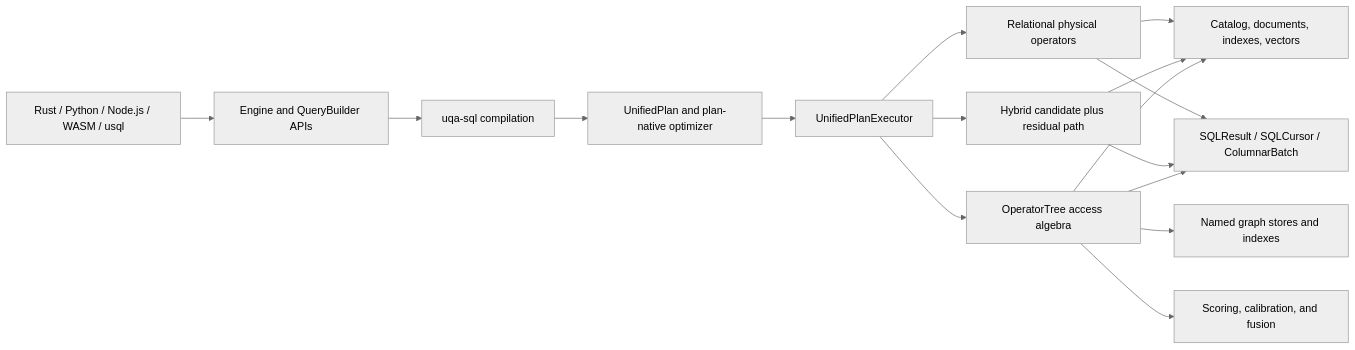
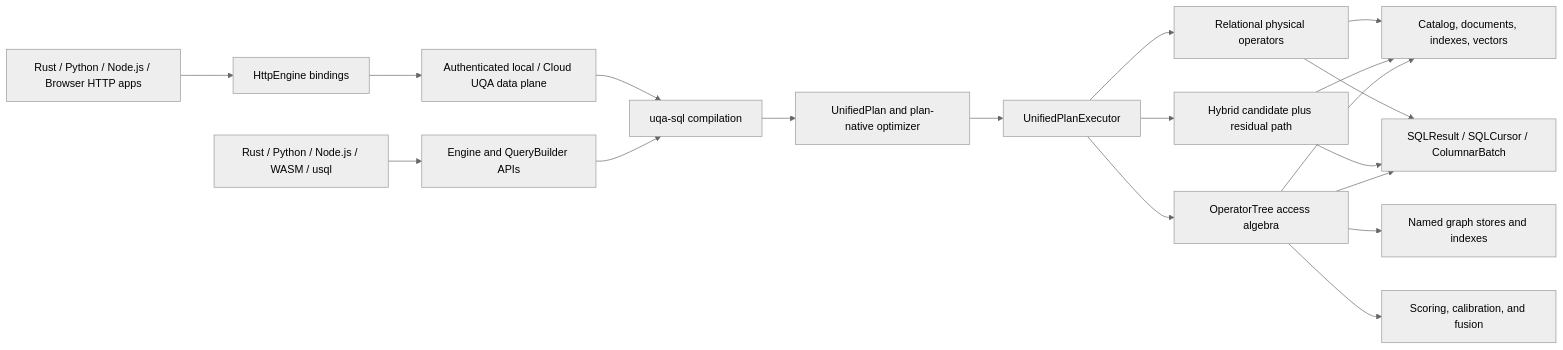
One commit to cognica-io/uqa-engine changed the first of 3 diagrams in docs/design/architecture.md. Above: the diagram before and after it, drawn with Mermaid (neutral theme). The commit also changed other lines of this file and 58 other files, not shown here.

First line of the commit message:
Add local and Cloud HTTP engine bindings

````diff
--- a/docs/design/architecture.md
+++ b/docs/design/architecture.md
@@ -16,18 +16,21 @@
 ```mermaid
 flowchart LR
     Apps["Rust / Python / Node.js / WASM / usql"] --> API["Engine and QueryBuilder APIs"]
+    RemoteApps["Rust / Python / Node.js / Browser HTTP apps"] --> Client["HttpEngine bindings"]
+    Client --> DataPlane["Authenticated local / Cloud UQA data plane"]
+    DataPlane --> Compile
     API --> Compile["uqa-sql compilation"]
     Compile --> Plan["UnifiedPlan and plan-native optimizer"]
     Plan --> Execute["UnifiedPlanExecutor"]
     Execute --> Row["Relational physical operators"]
     Execute --> Hybrid["Hybrid candidate plus residual path"]
     Execute --> Operator["OperatorTree access algebra"]
     Row --> Storage["Catalog, documents, indexes, vectors"]
     Hybrid --> Storage
     Operator --> Storage
     Operator --> Graph["Named graph stores and indexes"]
     Operator --> Scoring["Scoring, calibration, and fusion"]
     Row --> Results["SQLResult / SQLCursor / ColumnarBatch"]
     Hybrid --> Results
     Operator --> Results
 ```
````
